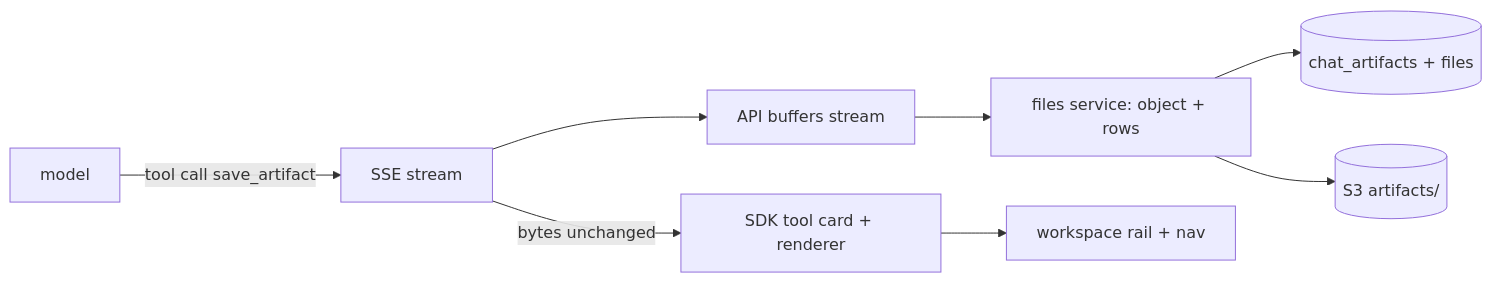
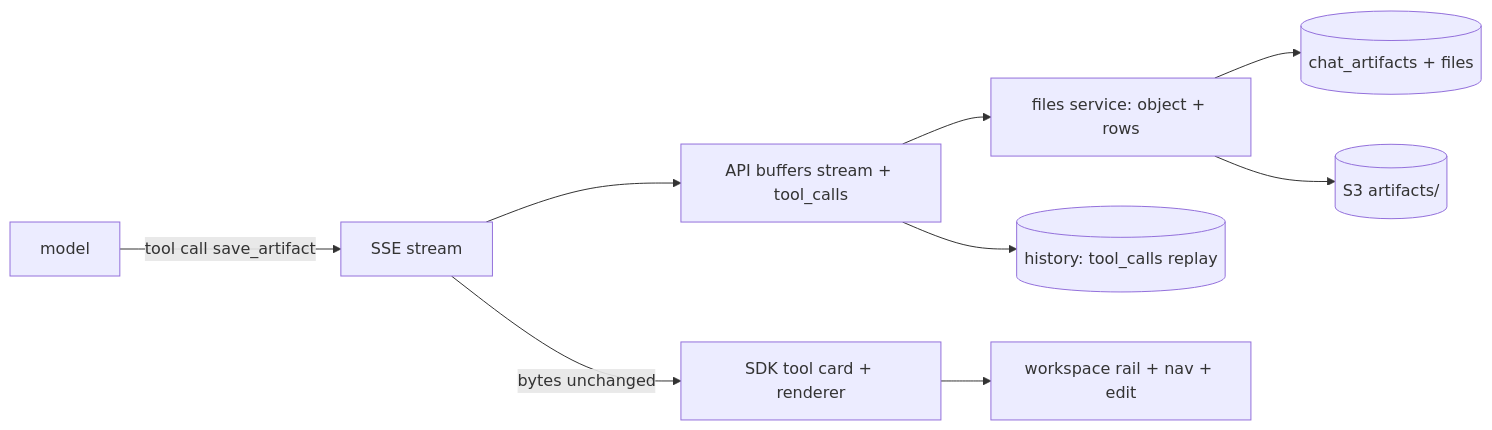
One commit to mac-lisowski/project-taipan changed the diagram in docs/specs/planned/chat-artifacts/spec.md. Above: the diagram before and after it, drawn with Mermaid. The commit also changed other lines of this file and 2 other files, not shown here.

````diff
--- a/docs/specs/planned/chat-artifacts/spec.md
+++ b/docs/specs/planned/chat-artifacts/spec.md
@@ -115,10 +135,11 @@
 ```mermaid
 flowchart LR
   M[model] -->|tool call save_artifact| S[SSE stream]
-  S --> P[API buffers stream]
+  S --> P[API buffers stream + tool_calls]
   S -->|bytes unchanged| SDK[SDK tool card + renderer]
   P --> F[files service: object + rows]
   F --> DB[(chat_artifacts + files)]
   F --> O[(S3 artifacts/)]
-  SDK --> W[workspace rail + nav]
+  P --> H[(history: tool_calls replay)]
+  SDK --> W[workspace rail + nav + edit]
 ```
````
